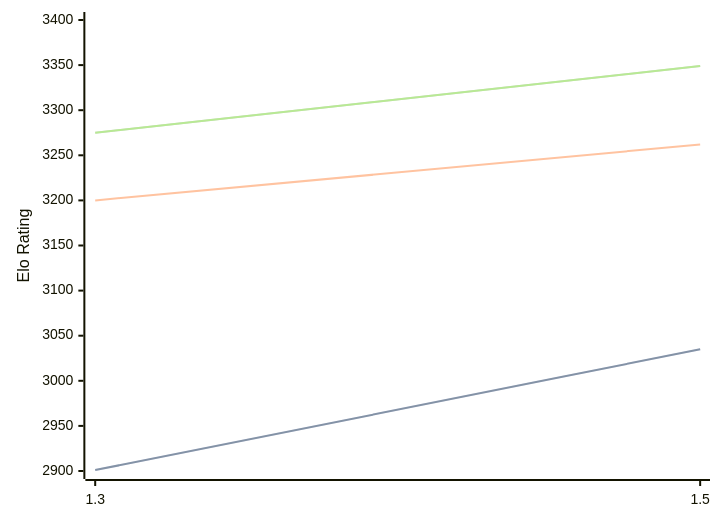
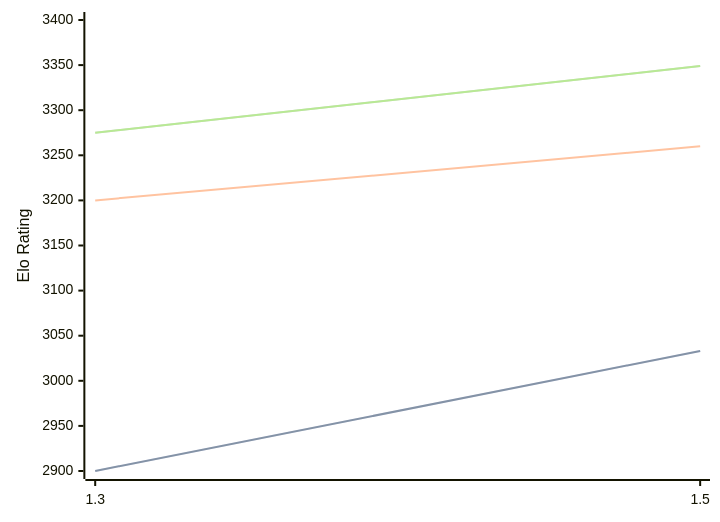
The diagram in engines/Lambergar.md (computer-chess-index/cci), drawn with Mermaid before and after one commit. The commit also changed other lines of this file, not shown here.

````diff
--- a/engines/Lambergar.md
+++ b/engines/Lambergar.md
@@ -44,11 +44,11 @@
 ```mermaid
 %%{init: {"theme":"base","themeVariables":{"seriesColors:['#a3a3a3','#222221','#faa371']}}}%%
 xychart-beta
   x-axis ["1.3", "1.5"]
   y-axis "Elo Rating" 2900 --> 3400
-  line "STC (8.0+0.08s)" [2901, 3035]
-  line "STC (8.0+0.08s)" [2901, 3035]
-  line "LTC (60.0+0.60s)" [3200, 3262]
+  line "STC (8.0+0.08s)" [2900, 3033]
+  line "STC (8.0+0.08s)" [2900, 3033]
+  line "LTC (60.0+0.60s)" [3200, 3260]
   line "VLTC (2m24s+1.12s)" [3275, 3349]
   line "VLTC (2m24s+1.12s)" [3275, 3349]
 ```
````
